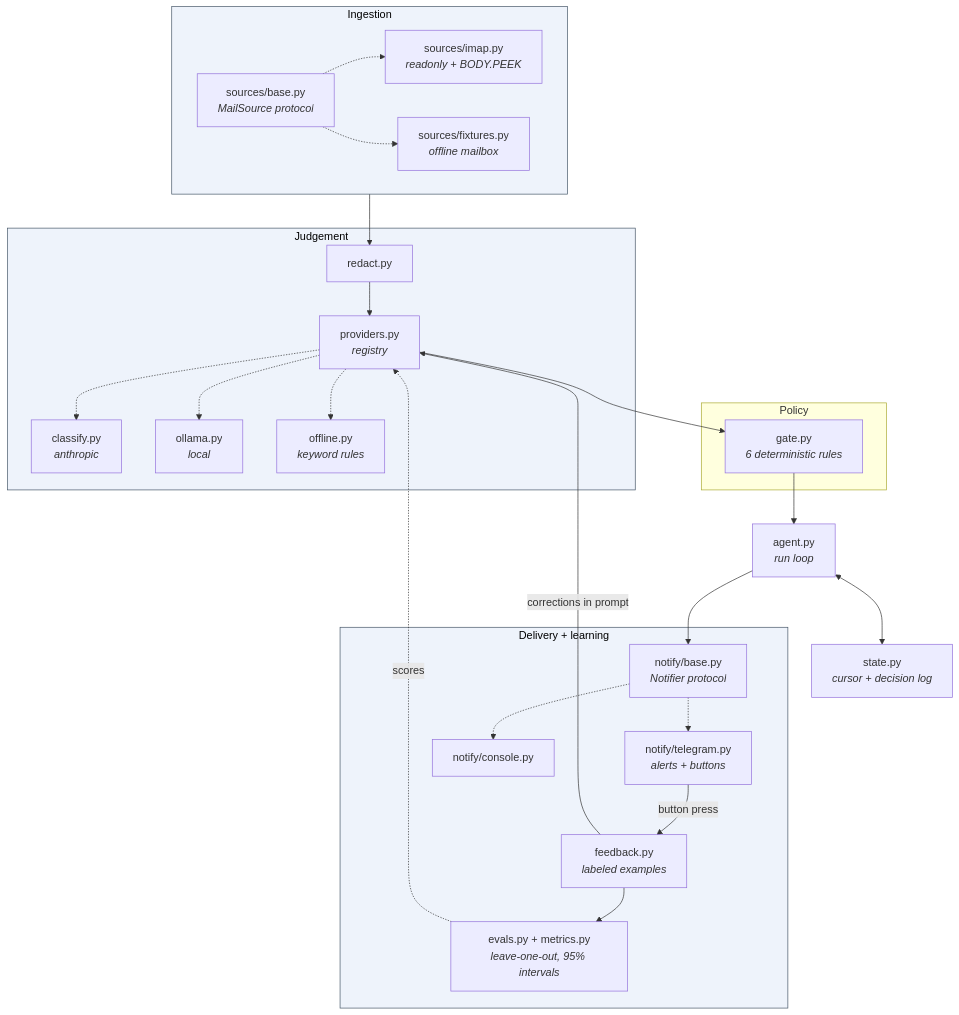
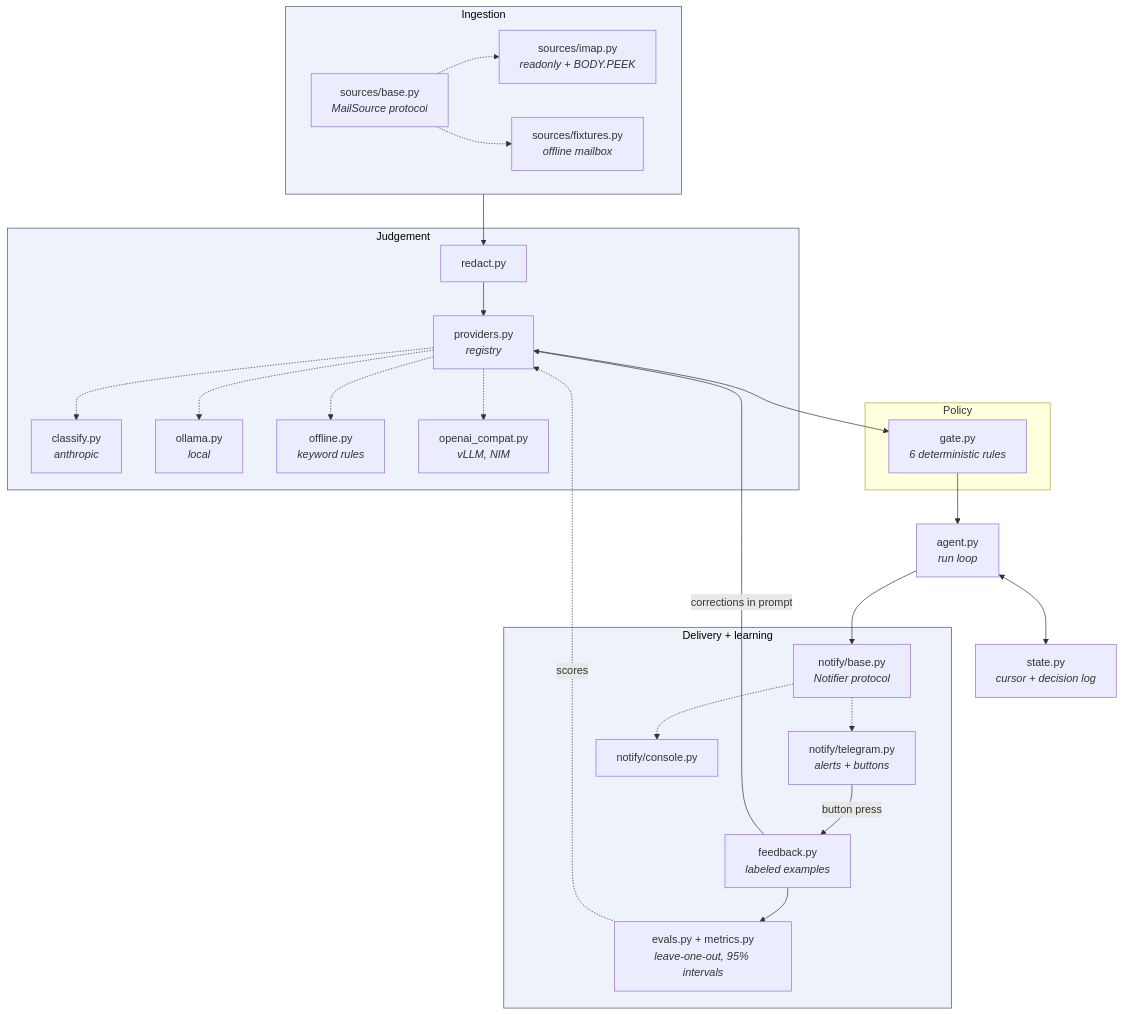
The seventh of 8 diagrams in docs/ARCHITECTURE.md (Doondi-Ashlesh/Hermes_Agent), drawn with Mermaid before and after one commit. The commit also changed 17 other files, not shown here.

First line of the commit message:
Add an openai-compat provider for vLLM and NIM

````diff
--- a/docs/ARCHITECTURE.md
+++ b/docs/ARCHITECTURE.md
@@ -248,52 +248,54 @@
 ```mermaid
 flowchart TB
     subgraph ingest["Ingestion"]
         i1["sources/base.py<br/><i>MailSource protocol</i>"]
         i2["sources/imap.py<br/><i>readonly + BODY.PEEK</i>"]
         i3["sources/fixtures.py<br/><i>offline mailbox</i>"]
         i1 -.-> i2
         i1 -.-> i3
     end
 
     subgraph brain["Judgement"]
         r["redact.py"]
         p1["providers.py<br/><i>registry</i>"]
         p2["classify.py<br/><i>anthropic</i>"]
         p3["ollama.py<br/><i>local</i>"]
         p4["offline.py<br/><i>keyword rules</i>"]
+        p5["openai_compat.py<br/><i>vLLM, NIM</i>"]
         r --> p1
         p1 -.-> p2
         p1 -.-> p3
         p1 -.-> p4
+        p1 -.-> p5
     end
 
     subgraph decide["Policy"]
         g["gate.py<br/><i>6 deterministic rules</i>"]
     end
 
     subgraph out["Delivery + learning"]
         n1["notify/base.py<br/><i>Notifier protocol</i>"]
         n2["notify/telegram.py<br/><i>alerts + buttons</i>"]
         n3["notify/console.py"]
         f["feedback.py<br/><i>labeled examples</i>"]
         e["evals.py + metrics.py<br/><i>leave-one-out, 95% intervals</i>"]
         n1 -.-> n2
         n1 -.-> n3
     end
 
     a["agent.py<br/><i>run loop</i>"]
     st["state.py<br/><i>cursor + decision log</i>"]
 
     ingest --> r
     p1 --> g
     g --> a
     a --> n1
     n2 -->|button press| f
     f -->|corrections in prompt| p1
     f --> e
     e -.->|scores| p1
     a <--> st
 
     classDef seam fill:#eef3fb,stroke:#456,color:#000
     class ingest,brain,out seam
 ```
````
